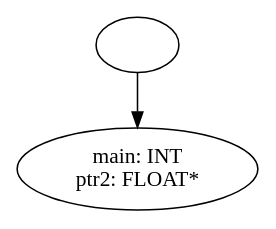
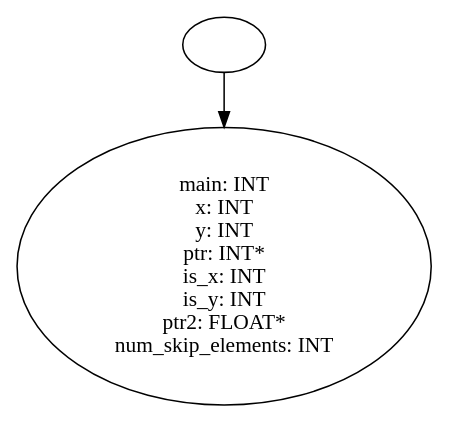
The diagram in testfiles/basic_tests_123/proj2_man_pass_advancedPointerOperationsSymbolTable.dot (Are-you-listening/Compilers), drawn with Graphviz before and after one commit. The commit also changed 22 other files, not shown here.

```diff
--- a/testfiles/basic_tests_123/proj2_man_pass_advancedPointerOperationsSymbolTable.dot
+++ b/testfiles/basic_tests_123/proj2_man_pass_advancedPointerOperationsSymbolTable.dot
@@ -1,6 +1,12 @@
 digraph AST {
-  "134272668010192" [label=""];
-  "134272668010192" -> "134272668013072";
-  "134272668013072" [label="main: INT
-ptr2: FLOAT*"];
+  "139123998965920" [label=""];
+  "139123998965920" -> "139123998970288";
+  "139123998970288" [label="main: INT
+x: INT
+y: INT
+ptr: INT*
+is_x: INT
+is_y: INT
+ptr2: FLOAT*
+num_skip_elements: INT"];
 }
```
